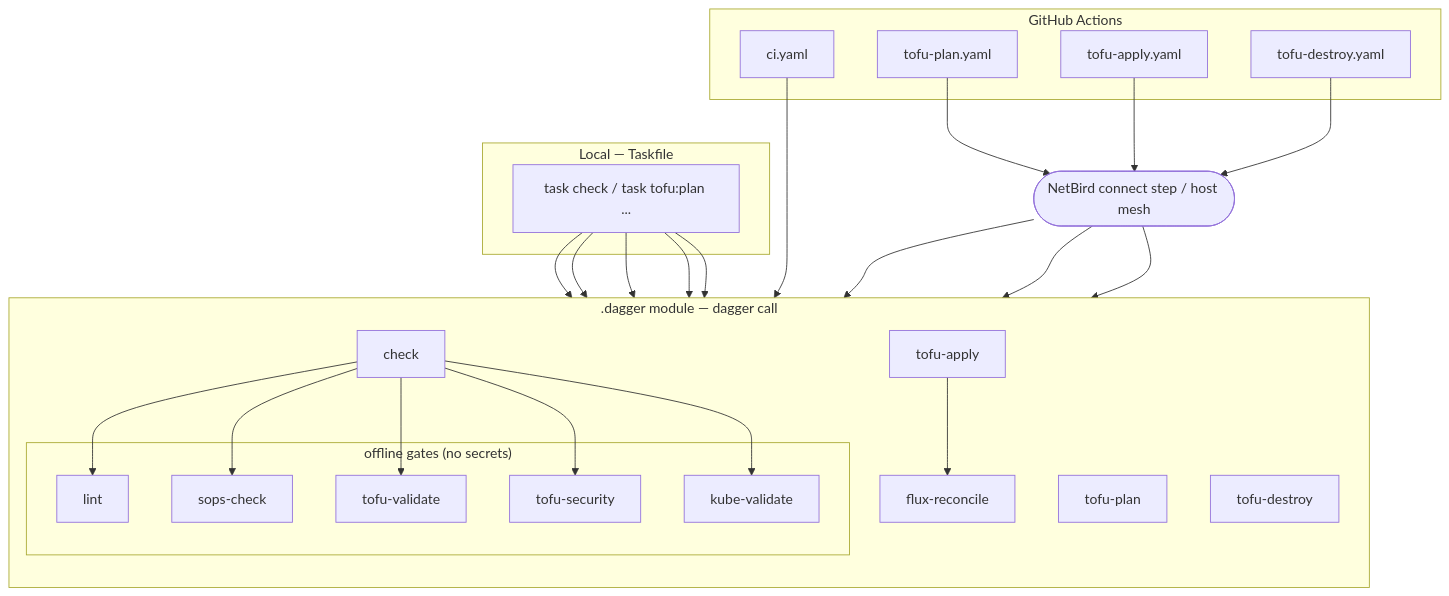
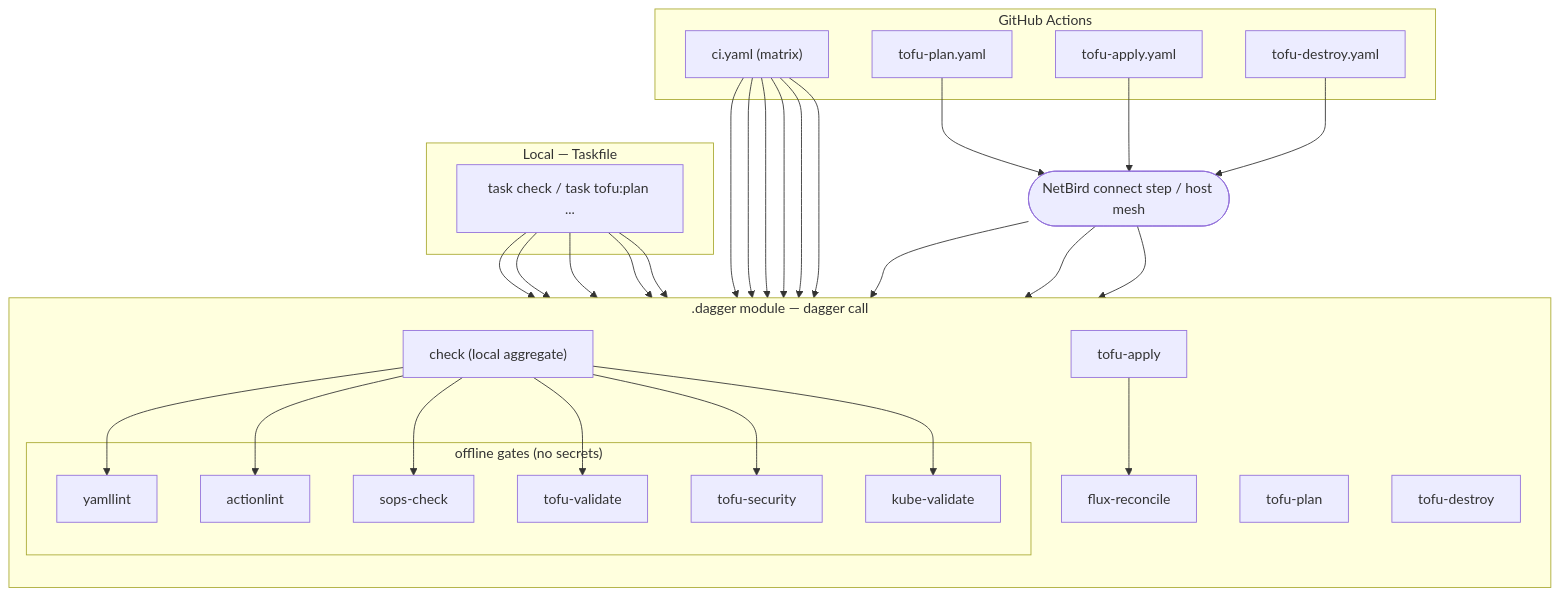
One commit to ngoldack/homelab changed the diagram in README.md. Above: the diagram before and after it, drawn with Mermaid. The commit also changed other lines of this file and 12 other files, not shown here.

````diff
--- a/README.md
+++ b/README.md
@@ -116,39 +122,40 @@
 ```mermaid
 flowchart TD
     subgraph local["Local — Taskfile"]
         T["task check / task tofu:plan ..."]
     end
     subgraph gha["GitHub Actions"]
-        CI["ci.yaml"]
+        CI["ci.yaml (matrix)"]
         PLAN["tofu-plan.yaml"]
         APPLY["tofu-apply.yaml"]
         DESTROY["tofu-destroy.yaml"]
     end
 
     NB(["NetBird connect step / host mesh"])
 
     subgraph dagger[".dagger module — dagger call"]
         direction TB
-        CHECK["check"]
+        CHECK["check (local aggregate)"]
         subgraph gates["offline gates (no secrets)"]
-            L["lint"]
+            YL["yamllint"]
+            AL["actionlint"]
             S["sops-check"]
             TV["tofu-validate"]
             TS["tofu-security"]
             KV["kube-validate"]
         end
         TP["tofu-plan"]
         TA["tofu-apply"]
         TD["tofu-destroy"]
         FR["flux-reconcile"]
-        CHECK --> L & S & TV & TS & KV
+        CHECK --> YL & AL & S & TV & TS & KV
     end
 
     T --> CHECK
     T --> TP & TA & TD & FR
-    CI --> CHECK
+    CI --> YL & AL & S & TV & TS & KV
     PLAN --> NB --> TP
     APPLY --> NB
     NB --> TA --> FR
     DESTROY --> NB --> TD
 ```
````
